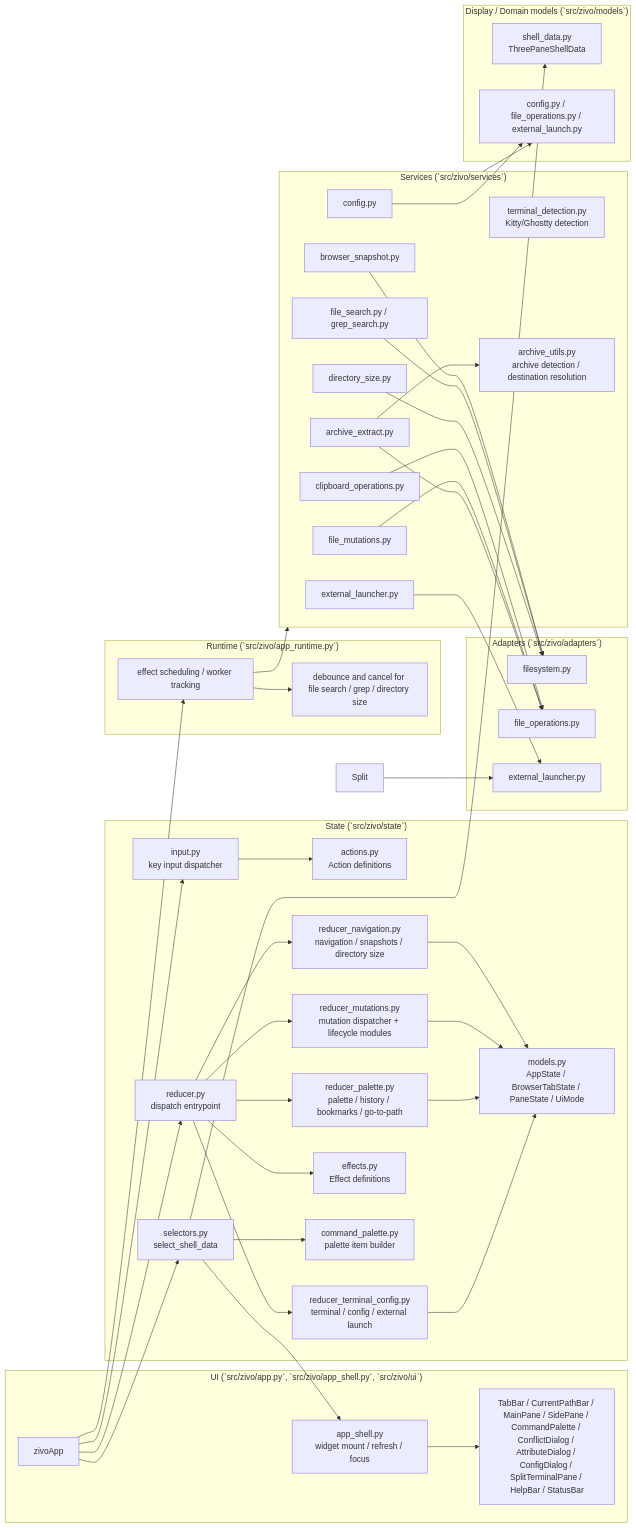
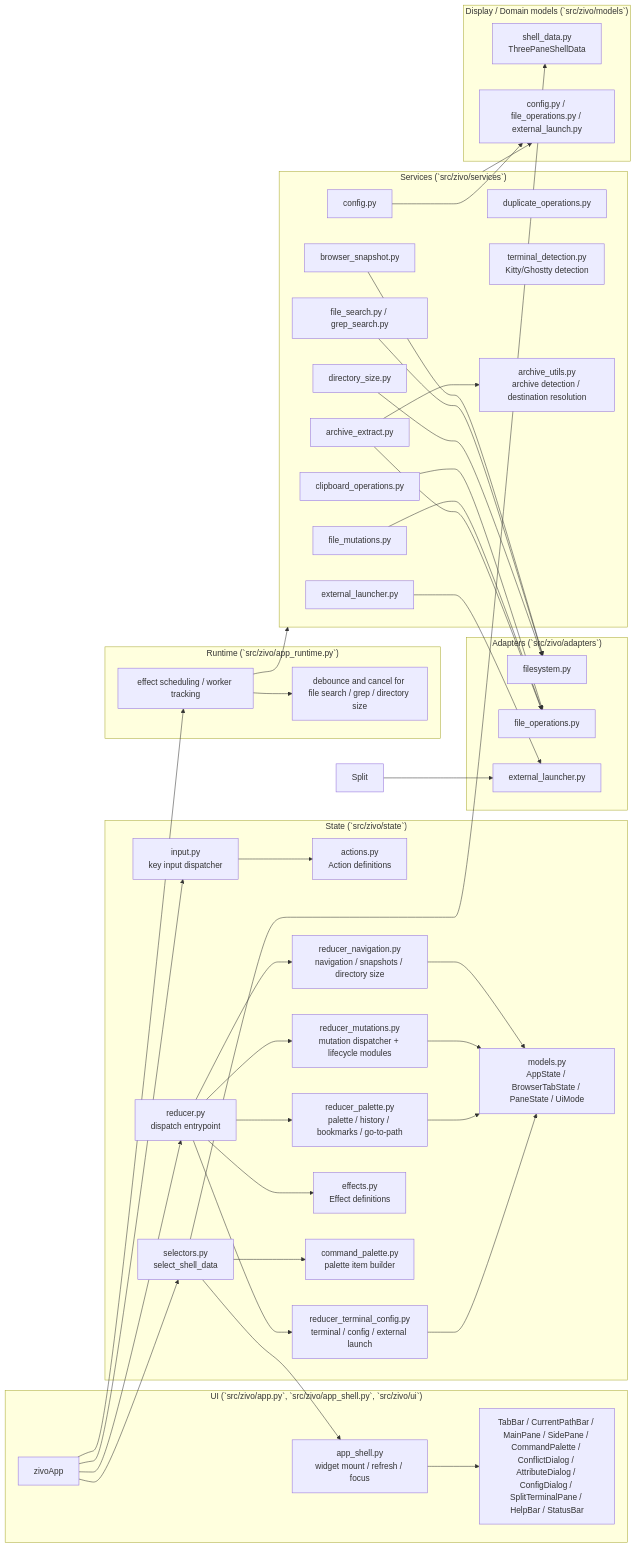
Before and after one commit to devgamesan/plain: the first of 4 diagrams in docs/architecture.en.md, drawn with Mermaid. The commit also changed other lines of this file and 33 other files, not shown here.

```diff
--- a/docs/architecture.en.md
+++ b/docs/architecture.en.md
@@ -52,6 +52,7 @@
         Search["file_search.py / grep_search.py"]
         DirSize["directory_size.py"]
         Clipboard["clipboard_operations.py"]
+        Duplicate["duplicate_operations.py"]
         Mutations["file_mutations.py"]
         Archive["archive_extract.py"]
         Config["config.py"]
```
